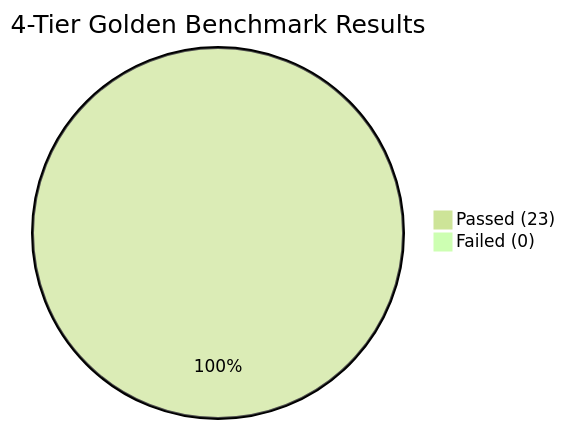
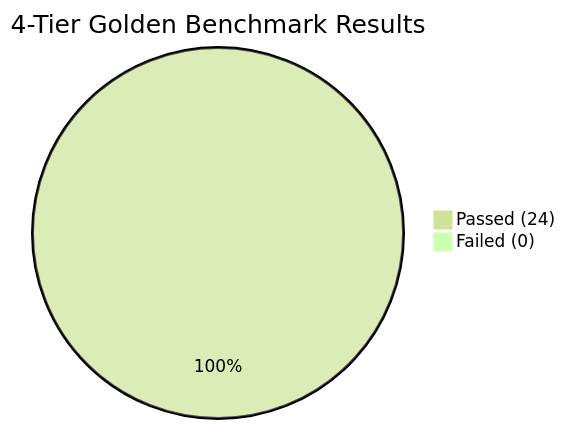
One commit to isaac30tsai/project-elevate-2026-group5 changed the diagram in tests/eval/evaluation_report.md. Above: the diagram before and after it, drawn with Mermaid (forest theme). The commit also changed other lines of this file and 14 other files, not shown here.

````diff
--- a/tests/eval/evaluation_report.md
+++ b/tests/eval/evaluation_report.md
@@ -21,5 +22,5 @@
 ```mermaid
 pie title 4-Tier Golden Benchmark Results
-    "Passed (23)" : 23
+    "Passed (24)" : 24
     "Failed (0)" : 0
 ```
````
